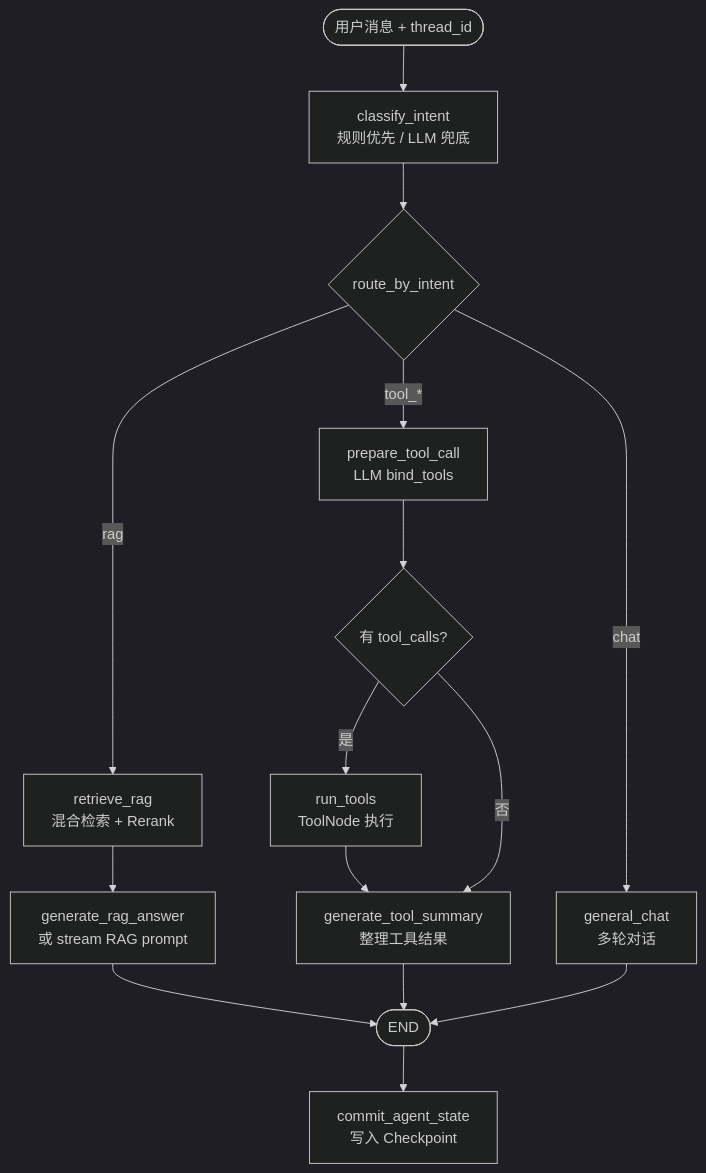
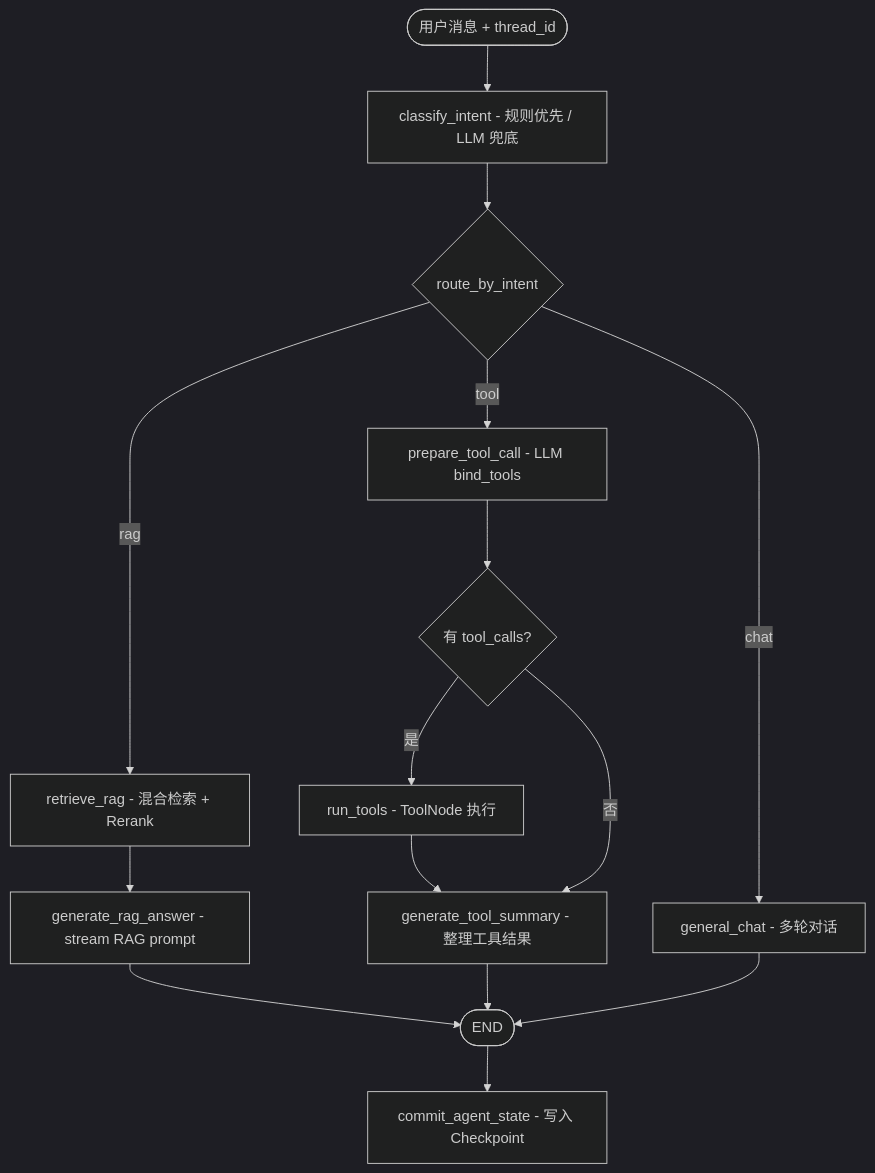
Before and after one commit to xiaduobao/poetryAgent: the third of 7 diagrams in docs/architecture.md, drawn with Mermaid (dark theme). The commit also changed other lines of this file and 2 other files, not shown here.

````diff
--- a/docs/architecture.md
+++ b/docs/architecture.md
@@ -134,22 +134,22 @@
 ```mermaid
 flowchart TD
-    Start([用户消息 + thread_id]) --> Classify[classify_intent<br/>规则优先 / LLM 兜底]
+    Start([用户消息 + thread_id]) --> Classify["classify_intent - 规则优先 / LLM 兜底"]
 
     Classify --> Route{route_by_intent}
 
-    Route -->|rag| Retrieve[retrieve_rag<br/>混合检索 + Rerank]
-    Retrieve --> GenRAG[generate_rag_answer<br/>或 stream RAG prompt]
+    Route -->|rag| Retrieve["retrieve_rag - 混合检索 + Rerank"]
+    Retrieve --> GenRAG["generate_rag_answer - stream RAG prompt"]
     GenRAG --> End([END])
 
-    Route -->|tool_*| PrepTool[prepare_tool_call<br/>LLM bind_tools]
+    Route -->|tool| PrepTool["prepare_tool_call - LLM bind_tools"]
     PrepTool --> HasTool{有 tool_calls?}
-    HasTool -->|是| RunTools[run_tools<br/>ToolNode 执行]
-    RunTools --> Summarize[generate_tool_summary<br/>整理工具结果]
+    HasTool -->|是| RunTools["run_tools - ToolNode 执行"]
+    RunTools --> Summarize["generate_tool_summary - 整理工具结果"]
     HasTool -->|否| Summarize
     Summarize --> End
 
-    Route -->|chat| GeneralChat[general_chat<br/>多轮对话]
+    Route -->|chat| GeneralChat["general_chat - 多轮对话"]
     GeneralChat --> End
 
-    End --> Commit[commit_agent_state<br/>写入 Checkpoint]
+    End --> Commit["commit_agent_state - 写入 Checkpoint"]
 ```
````
